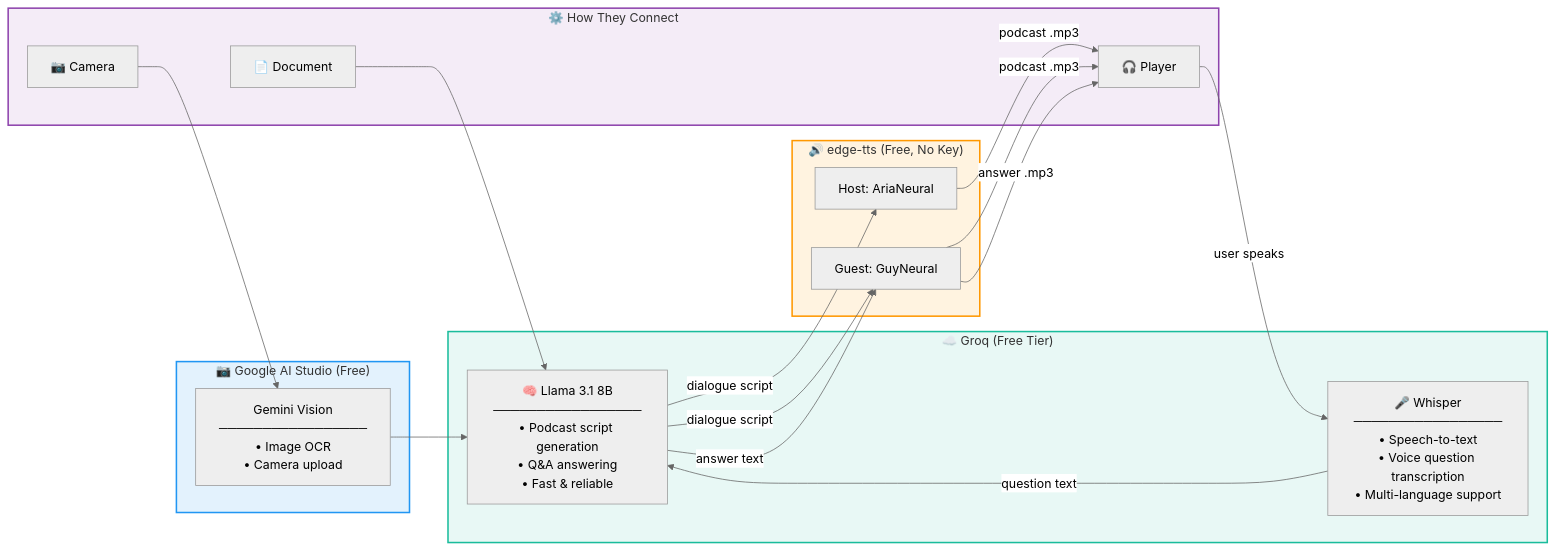
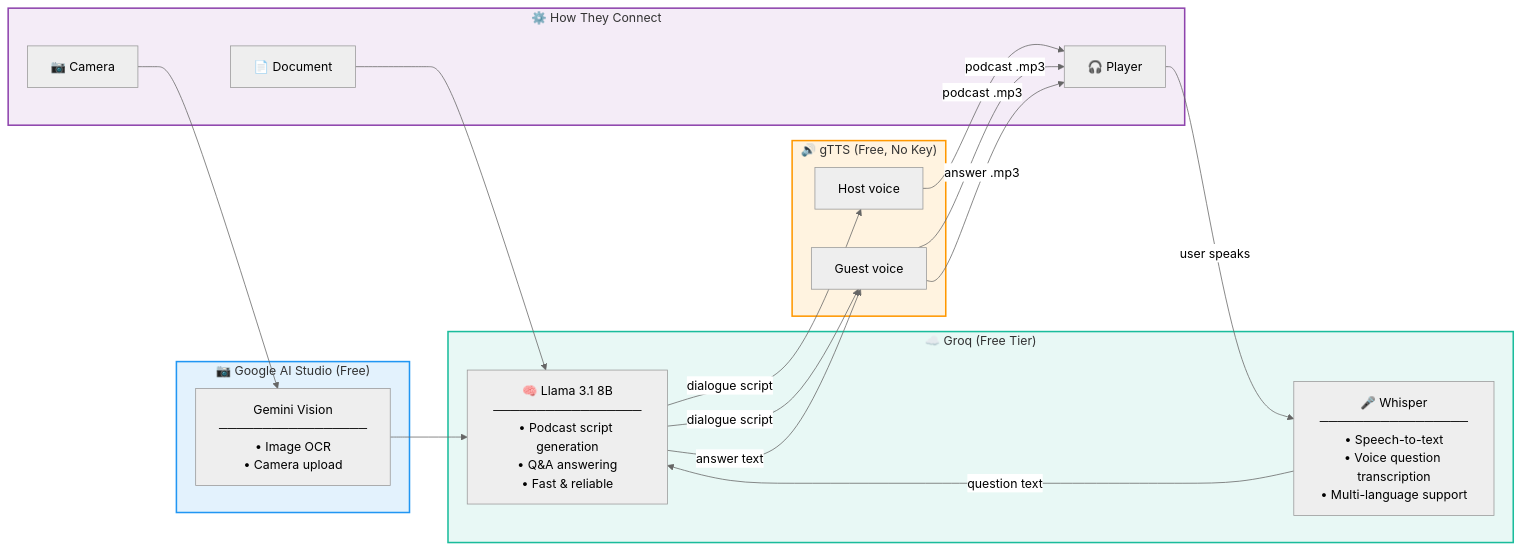
One commit to pushkal1234/PaperPod changed the diagram in README.md. Above: the diagram before and after it, drawn with Mermaid (neutral theme). The commit also changed other lines of this file and 5 other files, not shown here.

````diff
--- a/README.md
+++ b/README.md
@@ -179,34 +180,34 @@
 ```mermaid
 flowchart LR
     subgraph GROQ["☁️ Groq (Free Tier)"]
         LLM["🧠 Llama 3.1 8B\n─────────────────\n• Podcast script generation\n• Q&A answering\n• Fast & reliable"]
         STT["🎤 Whisper\n─────────────────\n• Speech-to-text\n• Voice question transcription\n• Multi-language support"]
     end
 
-    subgraph TTS["🔊 edge-tts (Free, No Key)"]
-        HOST["Host: AriaNeural"]
-        GUEST["Guest: GuyNeural"]
+    subgraph TTS["🔊 gTTS (Free, No Key)"]
+        HOST["Host voice"]
+        GUEST["Guest voice"]
     end
 
     subgraph OCR["📷 Google AI Studio (Free)"]
         VISION["Gemini Vision\n─────────────────\n• Image OCR\n• Camera upload"]
     end
 
     subgraph PIPELINE["⚙️ How They Connect"]
         DOC["📄 Document"] --> LLM
         CAM["📷 Camera"] --> VISION --> LLM
         LLM -->|dialogue script| HOST
         LLM -->|dialogue script| GUEST
         HOST -->|podcast .mp3| PLAY["🎧 Player"]
         GUEST -->|podcast .mp3| PLAY
         PLAY -->|user speaks| STT
         STT -->|question text| LLM
         LLM -->|answer text| GUEST
         GUEST -->|answer .mp3| PLAY
     end
 
     style GROQ fill:#E8F8F5,stroke:#1ABC9C,stroke-width:2px
     style TTS fill:#FFF3E0,stroke:#FF9800,stroke-width:2px
     style OCR fill:#E3F2FD,stroke:#2196F3,stroke-width:2px
     style PIPELINE fill:#F4ECF7,stroke:#8E44AD,stroke-width:2px
 ```
````
